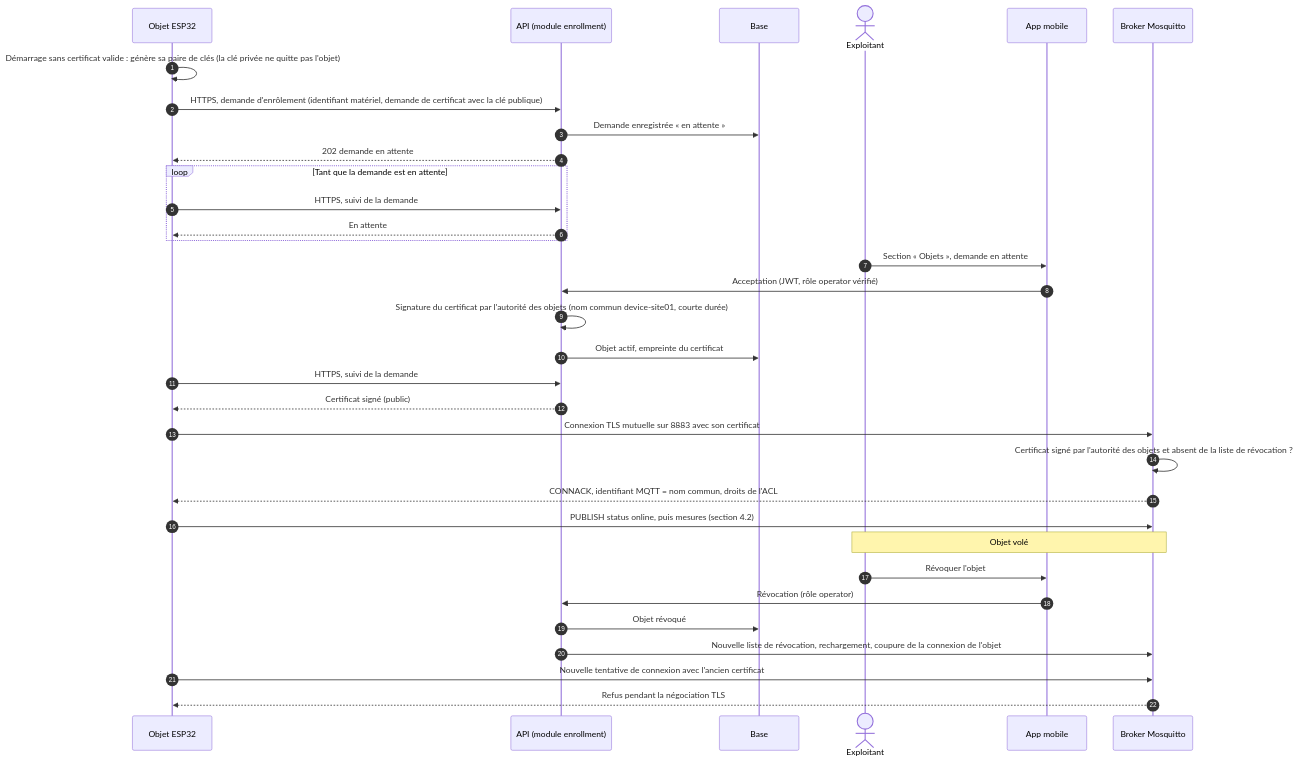
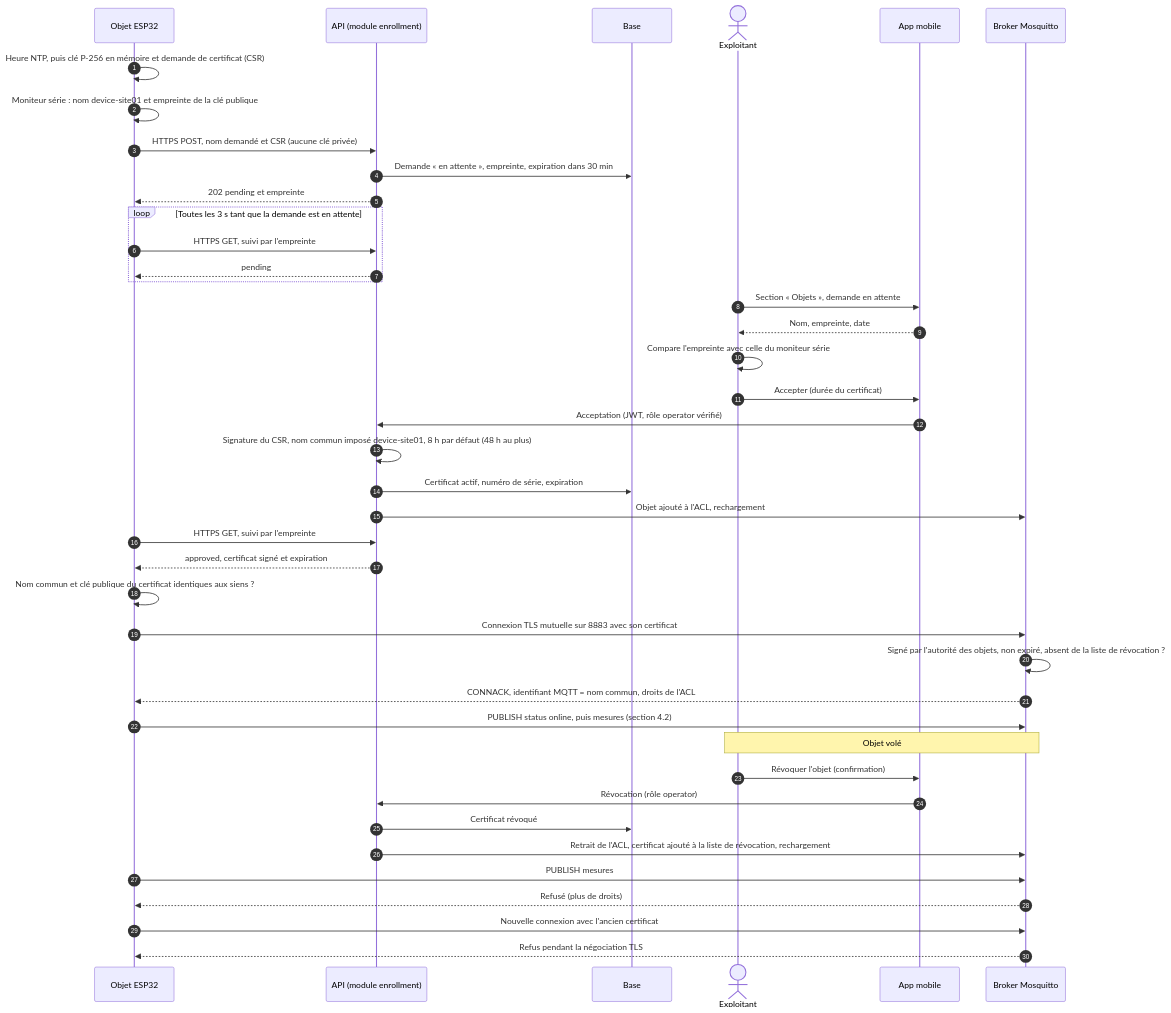
The ninth of 13 diagrams in docs/conception/02-uml.md (SamuelLnds/proj-app-mobile-co), drawn with Mermaid before and after one commit. The commit also changed other lines of this file and 5 other files, not shown here.

Commit message:
docs(journal): précise l'enrôlement par empreinte et consigne l'hébergement sur VPS

````diff
--- a/docs/conception/02-uml.md
+++ b/docs/conception/02-uml.md
@@ -415,39 +415,47 @@
 ```mermaid
 sequenceDiagram
   autonumber
   participant D as Objet ESP32
   participant API as API (module enrollment)
   participant DB as Base
   actor E as Exploitant
   participant App as App mobile
   participant B as Broker Mosquitto
 
-  D->>D: Démarrage sans certificat valide : génère sa paire de clés (la clé privée ne quitte pas l'objet)
-  D->>API: HTTPS, demande d'enrôlement (identifiant matériel, demande de certificat avec la clé publique)
-  API->>DB: Demande enregistrée « en attente »
-  API-->>D: 202 demande en attente
-  loop Tant que la demande est en attente
-    D->>API: HTTPS, suivi de la demande
-    API-->>D: En attente
+  D->>D: Heure NTP, puis clé P-256 en mémoire et demande de certificat (CSR)
+  D->>D: Moniteur série : nom device-site01 et empreinte de la clé publique
+  D->>API: HTTPS POST, nom demandé et CSR (aucune clé privée)
+  API->>DB: Demande « en attente », empreinte, expiration dans 30 min
+  API-->>D: 202 pending et empreinte
+  loop Toutes les 3 s tant que la demande est en attente
+    D->>API: HTTPS GET, suivi par l'empreinte
+    API-->>D: pending
   end
 
   E->>App: Section « Objets », demande en attente
+  App-->>E: Nom, empreinte, date
+  E->>E: Compare l'empreinte avec celle du moniteur série
+  E->>App: Accepter (durée du certificat)
   App->>API: Acceptation (JWT, rôle operator vérifié)
-  API->>API: Signature du certificat par l'autorité des objets (nom commun device-site01, courte durée)
-  API->>DB: Objet actif, empreinte du certificat
-  D->>API: HTTPS, suivi de la demande
-  API-->>D: Certificat signé (public)
+  API->>API: Signature du CSR, nom commun imposé device-site01, 8 h par défaut (48 h au plus)
+  API->>DB: Certificat actif, numéro de série, expiration
+  API->>B: Objet ajouté à l'ACL, rechargement
+  D->>API: HTTPS GET, suivi par l'empreinte
+  API-->>D: approved, certificat signé et expiration
+  D->>D: Nom commun et clé publique du certificat identiques aux siens ?
 
   D->>B: Connexion TLS mutuelle sur 8883 avec son certificat
-  B->>B: Certificat signé par l'autorité des objets et absent de la liste de révocation ?
+  B->>B: Signé par l'autorité des objets, non expiré, absent de la liste de révocation ?
   B-->>D: CONNACK, identifiant MQTT = nom commun, droits de l'ACL
   D->>B: PUBLISH status online, puis mesures (section 4.2)
 
   Note over E,B: Objet volé
-  E->>App: Révoquer l'objet
+  E->>App: Révoquer l'objet (confirmation)
   App->>API: Révocation (rôle operator)
-  API->>DB: Objet révoqué
-  API->>B: Nouvelle liste de révocation, rechargement, coupure de la connexion de l'objet
-  D->>B: Nouvelle tentative de connexion avec l'ancien certificat
+  API->>DB: Certificat révoqué
+  API->>B: Retrait de l'ACL, certificat ajouté à la liste de révocation, rechargement
+  D->>B: PUBLISH mesures
+  B-->>D: Refusé (plus de droits)
+  D->>B: Nouvelle connexion avec l'ancien certificat
   B-->>D: Refus pendant la négociation TLS
 ```
````
